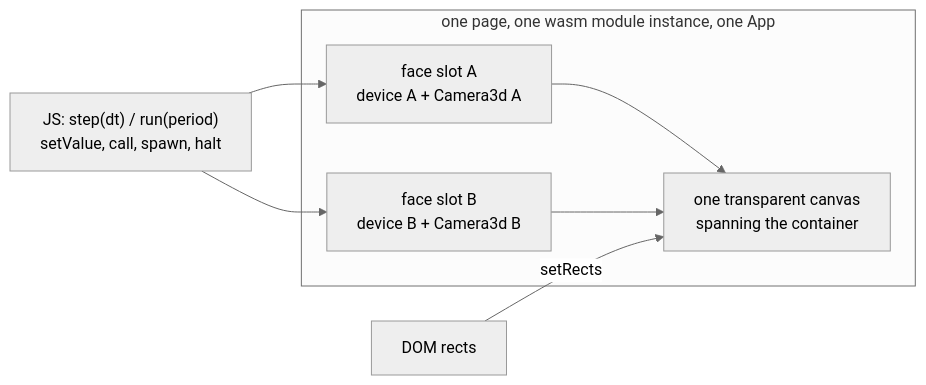
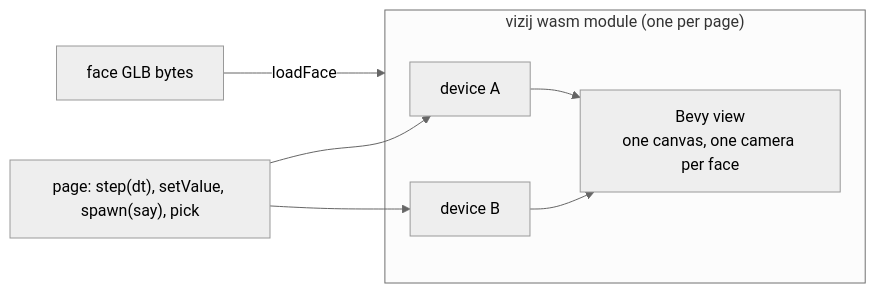
Before and after one commit to vizij-ai/vizij-docs: the second of 3 diagrams in active_projects/runtime/bevy_everywhere/bevy_everywhere-deck.md, drawn with Mermaid (neutral theme). The commit also changed other lines of this file and 1 other file, not shown here.

````diff
--- a/active_projects/runtime/bevy_everywhere/bevy_everywhere-deck.md
+++ b/active_projects/runtime/bevy_everywhere/bevy_everywhere-deck.md
@@ -140,10 +61,9 @@
 ```mermaid
 flowchart LR
-  subgraph page["one page, one wasm module instance, one App"]
-    canvas["one transparent canvas<br/>spanning the container"]
-    f1["face slot A<br/>device A + Camera3d A"] --> canvas
-    f2["face slot B<br/>device B + Camera3d B"] --> canvas
+  GLB["face GLB bytes"] -->|"loadFace"| M
+  subgraph M["vizij wasm module (one per page)"]
+    D1["device A"] --> V["Bevy view<br/>one canvas, one camera per face"]
+    D2["device B"] --> V
   end
-  js["JS: step(dt) / run(period)<br/>setValue, call, spawn, halt"] --> f1 & f2
-  dom["DOM rects"] -->|setRects| canvas
+  JS["page: step(dt), setValue, spawn(say), pick"] --> D1 & D2
 ```
````
